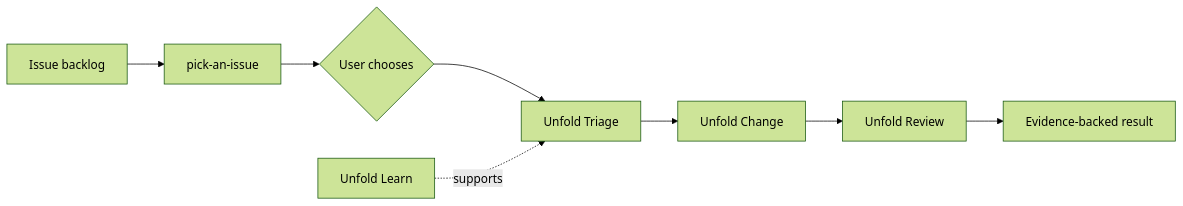
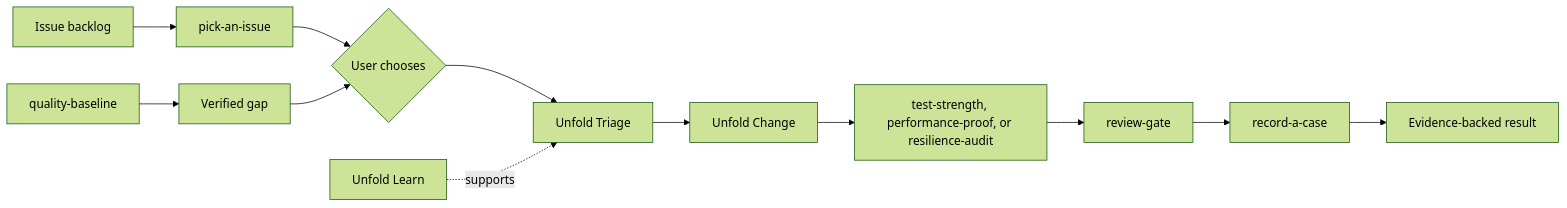
One commit to Railly/skills changed the diagram in README.md. Above: the diagram before and after it, drawn with Mermaid (forest theme). The commit also changed other lines of this file and 67 other files, not shown here.

````diff
--- a/README.md
+++ b/README.md
@@ -40,10 +68,14 @@
 ```mermaid
 flowchart LR
+  Baseline[quality-baseline] --> Gap[Verified gap]
   Backlog[Issue backlog] --> Pick[pick-an-issue]
   Pick --> Choice{User chooses}
+  Gap --> Choice
   Choice --> Triage[Unfold Triage]
   Learn[Unfold Learn] -. supports .-> Triage
   Triage --> Change[Unfold Change]
-  Change --> Review[Unfold Review]
-  Review --> Result[Evidence-backed result]
+  Change --> Proof[test-strength, performance-proof, or resilience-audit]
+  Proof --> Review[review-gate]
+  Review --> Case[record-a-case]
+  Case --> Result[Evidence-backed result]
 ```
````
